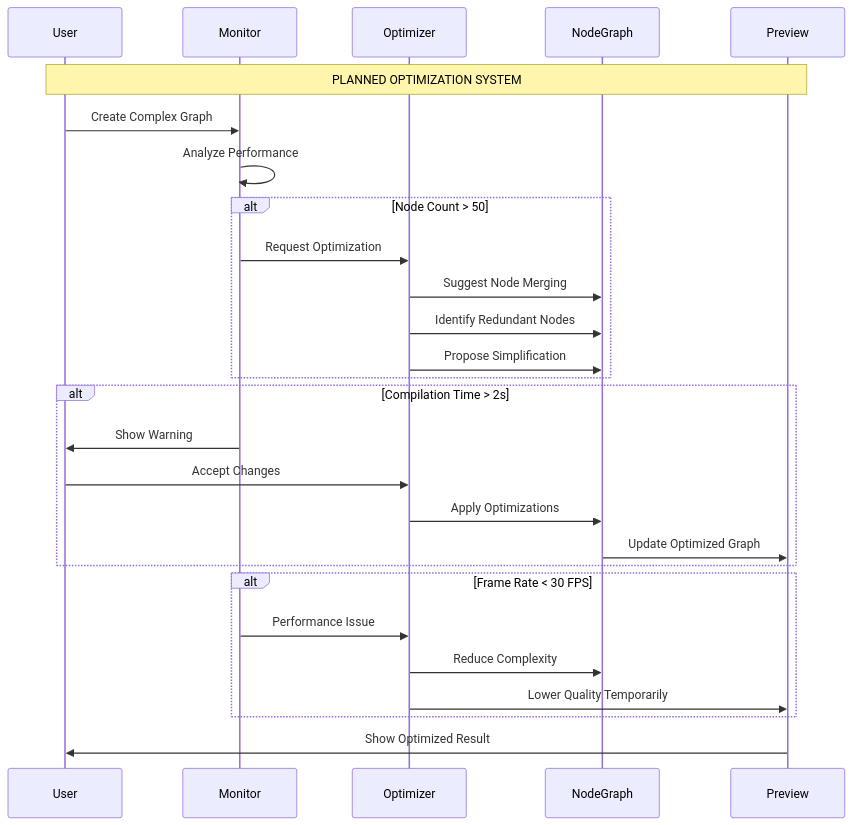
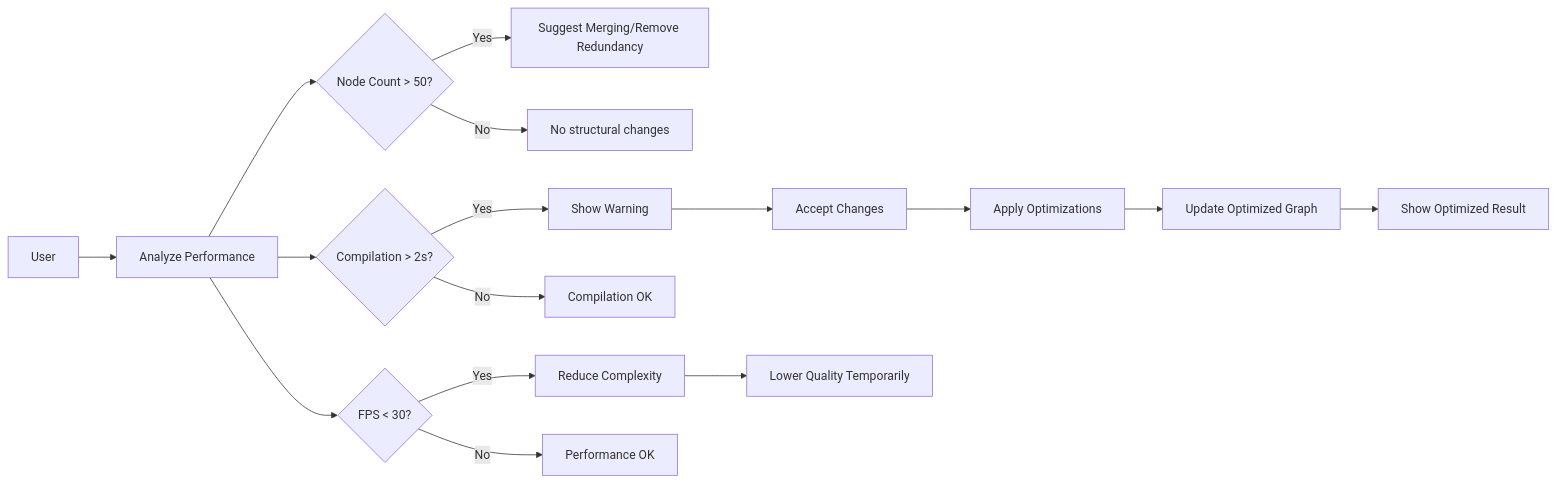
One commit to compiling-org/WGSL-Shader-Studio changed diagram 12 of 14 in docs/NODE_BASED_SYSTEM_ARCHITECTURE.md. Above: the diagram before and after it, drawn with Mermaid. The commit also changed other lines of this file and 37 other files, not shown here.

Commit message:
docs: reality-aligned content updates; diagrams unchanged; roadmap fix; systems reference wiring; PRD narrative adjusted; tech-arch reference note

````diff
--- a/docs/NODE_BASED_SYSTEM_ARCHITECTURE.md
+++ b/docs/NODE_BASED_SYSTEM_ARCHITECTURE.md
@@ -467,35 +294,18 @@
 ```mermaid
-sequenceDiagram
-    participant User
-    participant Monitor
-    participant Optimizer
-    participant NodeGraph
-    participant Preview
-    
-    Note over User,Preview: PLANNED OPTIMIZATION SYSTEM
-    
-    User->>Monitor: Create Complex Graph
-    Monitor->>Monitor: Analyze Performance
-    
-    alt Node Count > 50
-        Monitor->>Optimizer: Request Optimization
-        Optimizer->>NodeGraph: Suggest Node Merging
-        Optimizer->>NodeGraph: Identify Redundant Nodes
-        Optimizer->>NodeGraph: Propose Simplification
-    end
-    
-    alt Compilation Time > 2s
-        Monitor->>User: Show Warning
-        User->>Optimizer: Accept Changes
-        Optimizer->>NodeGraph: Apply Optimizations
-        NodeGraph->>Preview: Update Optimized Graph
-    end
-    
-    alt Frame Rate < 30 FPS
-        Monitor->>Optimizer: Performance Issue
-        Optimizer->>NodeGraph: Reduce Complexity
-        Optimizer->>Preview: Lower Quality Temporarily
-    end
-    
-    Preview->>User: Show Optimized Result
+flowchart LR
+    User --> Monitor[Analyze Performance]
+    Monitor --> Decision1{Node Count > 50?}
+    Decision1 -->|Yes| Optimizer[Suggest Merging/Remove Redundancy]
+    Decision1 -->|No| Continue[No structural changes]
+    Monitor --> Decision2{Compilation > 2s?}
+    Decision2 -->|Yes| Warn[Show Warning]
+    Warn --> Accept[Accept Changes]
+    Accept --> Apply[Apply Optimizations]
+    Apply --> Preview[Update Optimized Graph]
+    Decision2 -->|No| Stable[Compilation OK]
+    Monitor --> Decision3{FPS < 30?}
+    Decision3 -->|Yes| Reduce[Reduce Complexity]
+    Reduce --> LowerQuality[Lower Quality Temporarily]
+    Decision3 -->|No| Good[Performance OK]
+    Preview --> Result[Show Optimized Result]
 ```
````
